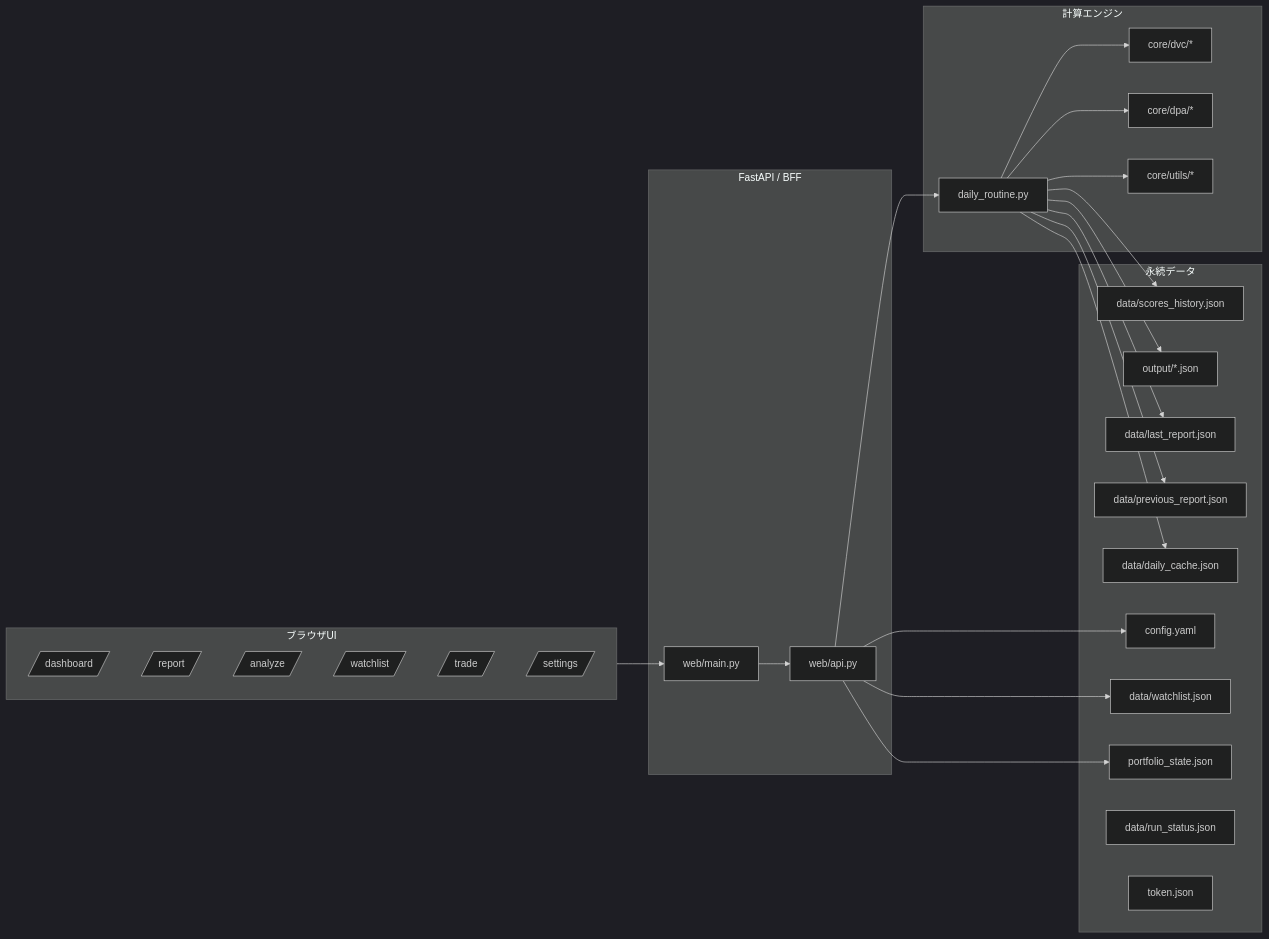
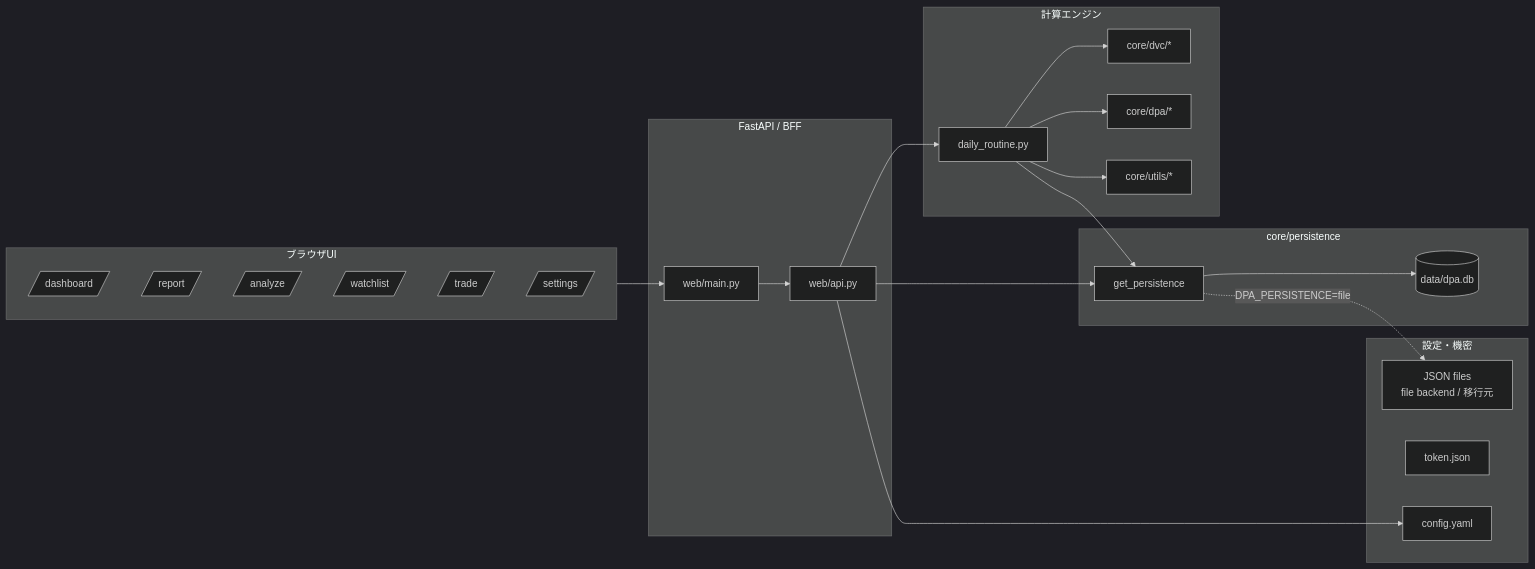
One commit to kosei-doi/stock_v7 changed the first of 6 diagrams in docs/ARCHITECTURE.md. Above: the diagram before and after it, drawn with Mermaid (dark theme). The commit also changed other lines of this file and 7 other files, not shown here.

First line of the commit message:
docs: DB-7 sqlite API tests and architecture persistence docs.

````diff
--- a/docs/ARCHITECTURE.md
+++ b/docs/ARCHITECTURE.md
@@ -7,50 +7,45 @@
 ```mermaid
 flowchart LR
   subgraph UI["ブラウザUI"]
     P1[/dashboard/]
     P2[/report/]
     P3[/analyze/]
     P4[/watchlist/]
     P5[/trade/]
     P6[/settings/]
   end
 
   subgraph WEB["FastAPI / BFF"]
     MAIN[web/main.py]
     API[web/api.py]
   end
 
   subgraph CORE["計算エンジン"]
     DR[daily_routine.py]
     DVC[core/dvc/*]
     DPA[core/dpa/*]
     UTL[core/utils/*]
   end
 
-  subgraph DATA["永続データ"]
+  subgraph PERSIST["core/persistence"]
+    GP[get_persistence]
+    DB[(data/dpa.db)]
+  end
+
+  subgraph DATA["設定・機密"]
     CFG[config.yaml]
-    WL[data/watchlist.json]
-    PS[portfolio_state.json]
-    SH[data/scores_history.json]
-    LC[data/daily_cache.json]
-    OUT[output/*.json]
-    LR[data/last_report.json]
-    PR[data/previous_report.json]
-    RS[data/run_status.json]
     TK[token.json]
+    JSON[JSON files<br/>file backend / 移行元]
   end
 
   UI --> MAIN --> API
   API --> DR
   DR --> DVC
   DR --> DPA
   DR --> UTL
+  API --> GP
+  DR --> GP
+  GP --> DB
+  GP -.->|DPA_PERSISTENCE=file| JSON
   API --> CFG
-  API --> WL
-  API --> PS
-  DR --> SH
-  DR --> OUT
-  DR --> LR
-  DR --> PR
-  DR --> LC
 ```
````
